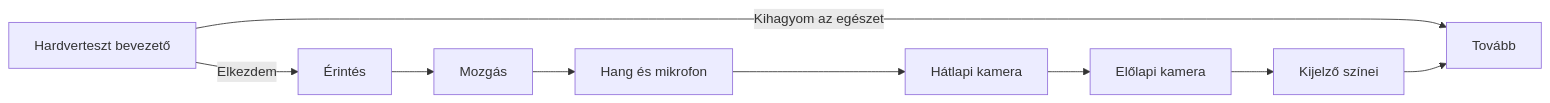
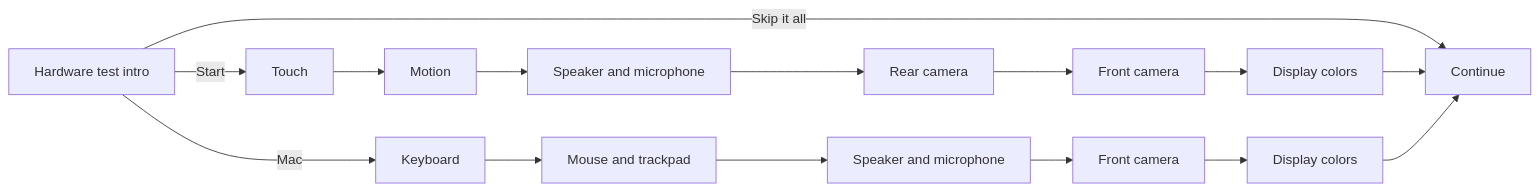
Before and after one commit to krisz0722/ipad-audit: the third of 7 diagrams in docs/flows.en.md, drawn with Mermaid. The commit also changed other lines of this file and 1 other file, not shown here.

First line of the commit message:
docs: document the Mac tests and translate the English diagrams

````diff
--- a/docs/flows.en.md
+++ b/docs/flows.en.md
@@ -96,6 +96,7 @@
 ```mermaid
 flowchart LR
-  I["Hardverteszt bevezető"] -->|"Elkezdem"| T["Érintés"]
-  I -->|"Kihagyom az egészet"| X["Tovább"]
-  T --> MO["Mozgás"] --> AU["Hang és mikrofon"] --> CR["Hátlapi kamera"] --> CF["Előlapi kamera"] --> DI["Kijelző színei"] --> X
+  I["Hardware test intro"] -->|"Start"| T["Touch"]
+  I -->|"Skip it all"| X["Continue"]
+  T --> MO["Motion"] --> AU["Speaker and microphone"] --> CR["Rear camera"] --> CF["Front camera"] --> DI["Display colors"] --> X
+  I -->|"Mac"| KB["Keyboard"] --> PT["Mouse and trackpad"] --> AU2["Speaker and microphone"] --> CF2["Front camera"] --> DI2["Display colors"] --> X
 ```
````
